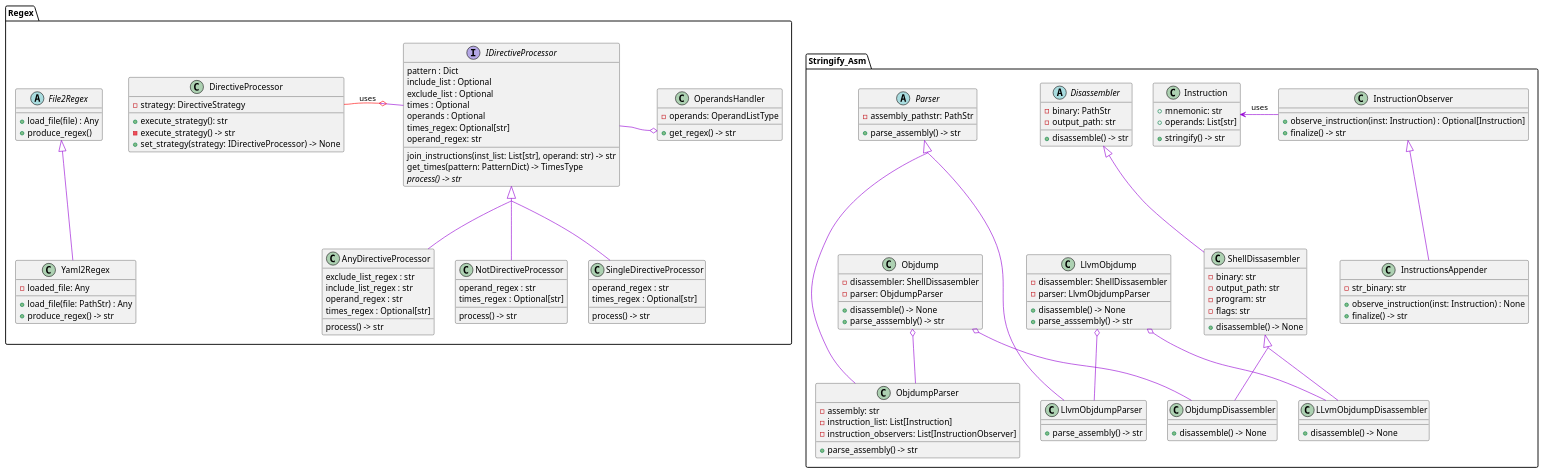
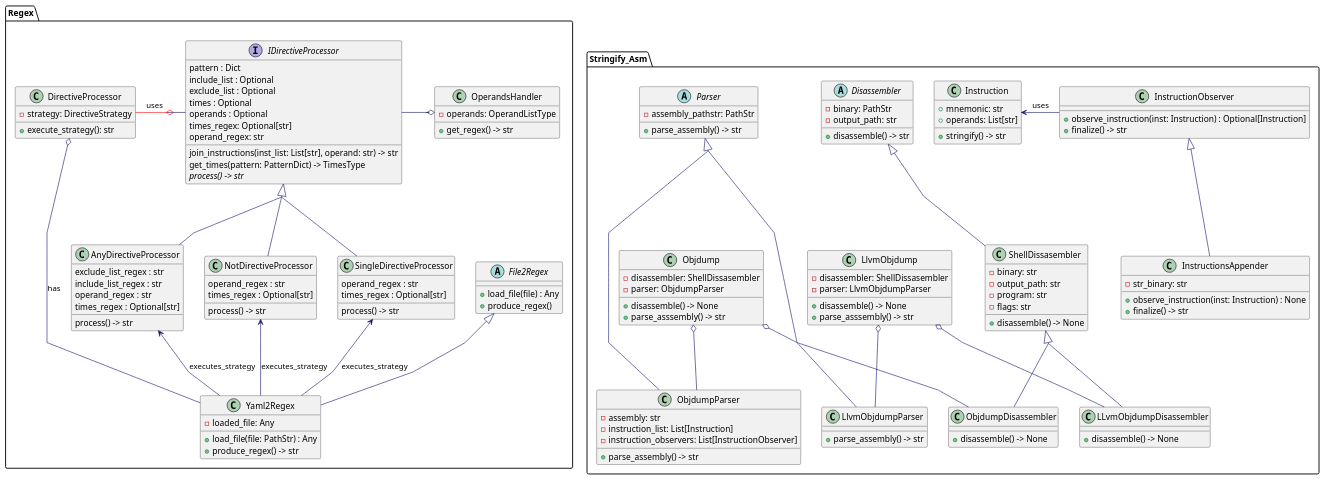
The diagram in design/diagram_class.puml (JukMR/JASM), drawn with PlantUML before and after one commit. The commit also changed 11 other files, not shown here.

```diff
--- a/design/diagram_class.puml
+++ b/design/diagram_class.puml
@@ -1,176 +1,177 @@
 @startuml diagram_class
 
+skinparam linetype polyline
+skinparam classFontName Helvetica
+skinparam ClassFontSize 14
+skinparam ArrowColor MidnightBlue
+skinparam groupInheritance 2
+
+
 skinparam class {
-    ArrowColor DarkViolet
+
 }
-skinparam groupInheritance 2
 
 package "Stringify_Asm" {
     abstract class Disassembler {
         -binary: PathStr
         -output_path: str
         +disassemble() -> str
     }
 
     class Instruction {
         +mnemonic: str
         +operands: List[str]
         +stringify() -> str
     }
 
     class InstructionObserver {
         +observe_instruction(inst: Instruction) : Optional[Instruction]
         +finalize() -> str
     }
 
     abstract class Parser {
         -assembly_pathstr: PathStr
         +parse_assembly() -> str
     }
 
     class LLvmObjdumpDisassembler {
         +disassemble() -> None
     }
 
     class LlvmObjdumpParser {
         +parse_assembly() -> str
     }
 
     class LlvmObjdump {
         -disassembler: ShellDissasembler
         -parser: LlvmObjdumpParser
         +disassemble() -> None
         +parse_asssembly() -> str
     }
 
     class ObjdumpDisassembler {
         +disassemble() -> None
     }
 
     class ObjdumpParser {
         -assembly: str
         -instruction_list: List[Instruction]
         -instruction_observers: List[InstructionObserver]
         +parse_assembly() -> str
     }
 
     class Objdump {
         -disassembler: ShellDissasembler
         -parser: ObjdumpParser
         +disassemble() -> None
         +parse_asssembly() -> str
     }
 
     class InstructionsAppender {
         -str_binary: str
         +observe_instruction(inst: Instruction) : None
         +finalize() -> str
     }
 
     class ShellDissasembler {
         -binary: str
         -output_path: str
         -program: str
         -flags: str
         +disassemble() -> None
     }
 }
 
 package "Regex" {
 
     abstract class File2Regex {
         +load_file(file) : Any
         +produce_regex()
     }
 
     class Yaml2Regex {
         -loaded_file: Any
         +load_file(file: PathStr) : Any
         +produce_regex() -> str
     }
 
     class OperandsHandler {
         -operands: OperandListType
         +get_regex() -> str
     }
 
     class DirectiveProcessor {
         -strategy: DirectiveStrategy
         +execute_strategy(): str
     }
 
-    ' Abstract Classes and Interfaces '
-
-    interface "IDirectiveProcessor" {
+    interface IDirectiveProcessor {
     pattern : Dict
     include_list : Optional
     exclude_list : Optional
     times : Optional
     operands : Optional
     times_regex: Optional[str]
     operand_regex: str
 
     join_instructions(inst_list: List[str], operand: str) -> str
     get_times(pattern: PatternDict) -> TimesType
     {abstract}process() -> str
     }
 
 
-    ' Concrete Implementations '
-    class "AnyDirectiveProcessor" {
+    class AnyDirectiveProcessor {
     exclude_list_regex : str
     include_list_regex : str
     operand_regex : str
     times_regex : Optional[str]
     process() -> str
     }
 
-    class "NotDirectiveProcessor" {
+    class NotDirectiveProcessor {
     operand_regex : str
     times_regex : Optional[str]
     process() -> str
     }
 
-    class "SingleDirectiveProcessor" {
+    class SingleDirectiveProcessor {
     operand_regex : str
     times_regex : Optional[str]
     process() -> str
-    }
-
-    class "DirectiveProcessor" {
-        -execute_strategy() -> str
-        +set_strategy(strategy: IDirectiveProcessor) -> None
-
     }
 
 
 
 }
 
 ' Strategy Pattern Relationships
-
-DirectiveProcessor::strategy -[#red,thickness=1]o IDirectiveProcessor: uses
+DirectiveProcessor -[#red,thickness=1]o IDirectiveProcessor: uses
 IDirectiveProcessor  <|-- AnyDirectiveProcessor
 IDirectiveProcessor  <|-- SingleDirectiveProcessor
 IDirectiveProcessor  <|-- NotDirectiveProcessor
 
+Yaml2Regex --up> AnyDirectiveProcessor : executes_strategy
+Yaml2Regex --up> SingleDirectiveProcessor : executes_strategy
+Yaml2Regex --up> NotDirectiveProcessor : executes_strategy
+Yaml2Regex --o DirectiveProcessor: has
 
-IDirectiveProcessor::operand_regex -o OperandsHandler
+
+IDirectiveProcessor -o OperandsHandler
 
 
 Instruction <- InstructionObserver : uses
 File2Regex <|-- Yaml2Regex
 Parser <|--- LlvmObjdumpParser
 Parser <|--- ObjdumpParser
 InstructionObserver <|-- InstructionsAppender
 
 Objdump o-- ObjdumpDisassembler
 Objdump o-- ObjdumpParser
 
 LlvmObjdump o-- LlvmObjdumpParser
 LlvmObjdump o-- LLvmObjdumpDisassembler
 
 Disassembler <|-- ShellDissasembler
 ShellDissasembler <|-- ObjdumpDisassembler
 ShellDissasembler <|-- LLvmObjdumpDisassembler
 @enduml
```
